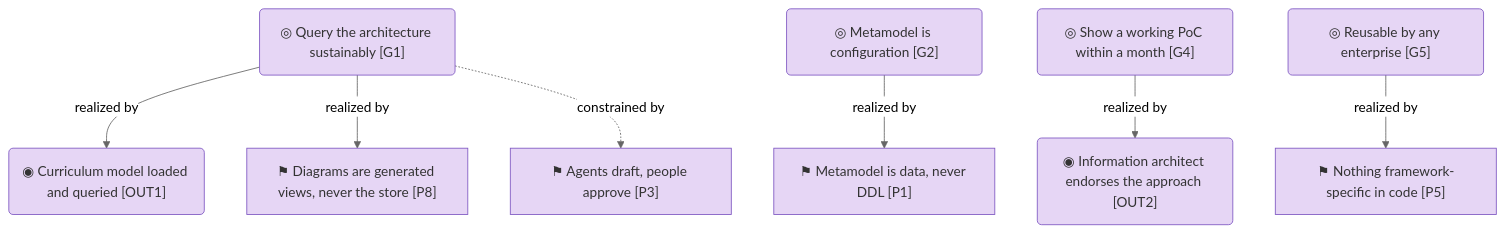
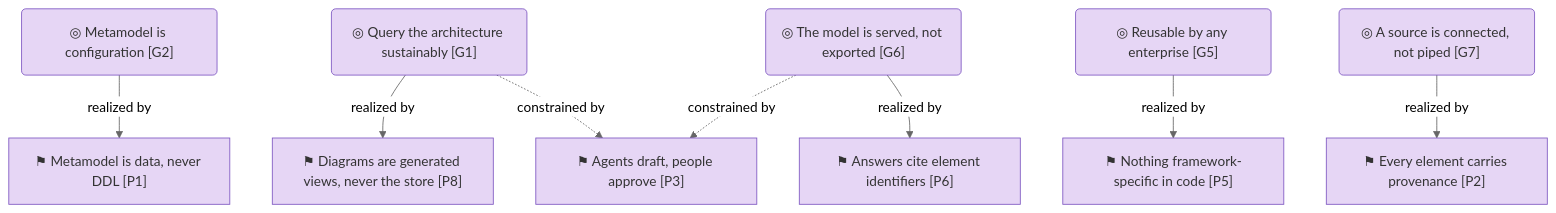
Before and after one commit to roanboc/dbx-enterprise-architecture: the fourth of 4 diagrams in architecture/1_strategy/1_motivation.md, drawn with Mermaid (neutral theme). The commit also changed other lines of this file and 13 other files, not shown here.

````diff
--- a/architecture/1_strategy/1_motivation.md
+++ b/architecture/1_strategy/1_motivation.md
@@ -121,21 +141,23 @@
 ```mermaid
 flowchart TB
   g1("◎ Query the architecture sustainably [G1]"):::motivation
   g2("◎ Metamodel is configuration [G2]"):::motivation
-  g4("◎ Show a working PoC within a month [G4]"):::motivation
   g5("◎ Reusable by any enterprise [G5]"):::motivation
+  g6("◎ The model is served, not exported [G6]"):::motivation
+  g7("◎ A source is connected, not piped [G7]"):::motivation
   p1["⚑ Metamodel is data, never DDL [P1]"]:::motivation
+  p2["⚑ Every element carries provenance [P2]"]:::motivation
   p3["⚑ Agents draft, people approve [P3]"]:::motivation
   p5["⚑ Nothing framework-specific in code [P5]"]:::motivation
+  p6["⚑ Answers cite element identifiers [P6]"]:::motivation
   p8["⚑ Diagrams are generated views, never the store [P8]"]:::motivation
-  out1("◉ Curriculum model loaded and queried [OUT1]"):::motivation
-  out2("◉ Information architect endorses the approach [OUT2]"):::motivation
-  g1 -->|realized by| out1
-  g4 -->|realized by| out2
   g2 -->|realized by| p1
   g5 -->|realized by| p5
   g1 -->|realized by| p8
+  g6 -->|realized by| p6
+  g7 -->|realized by| p2
   g1 -.->|constrained by| p3
+  g6 -.->|constrained by| p3
 
   classDef motivation fill:#e6d6f5,stroke:#7e57c2,color:#333
 ```
````
